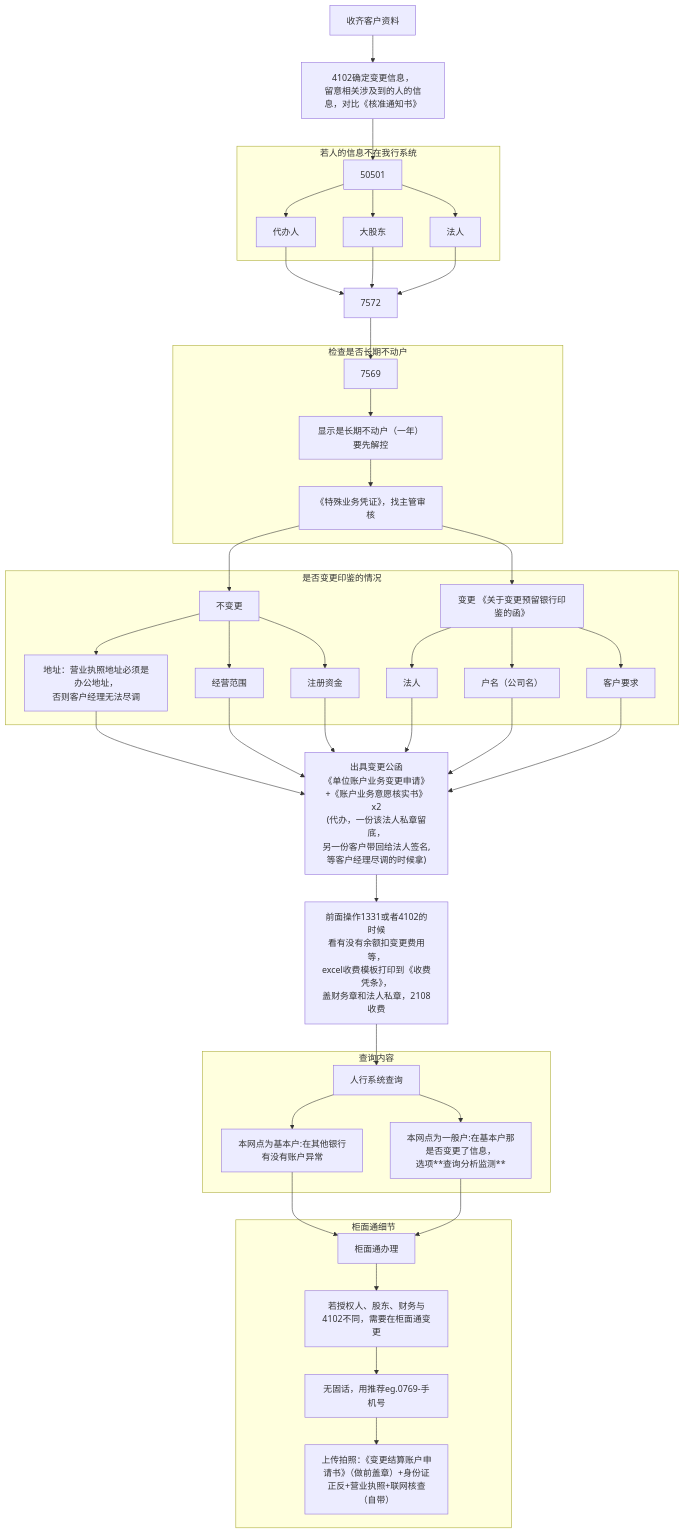
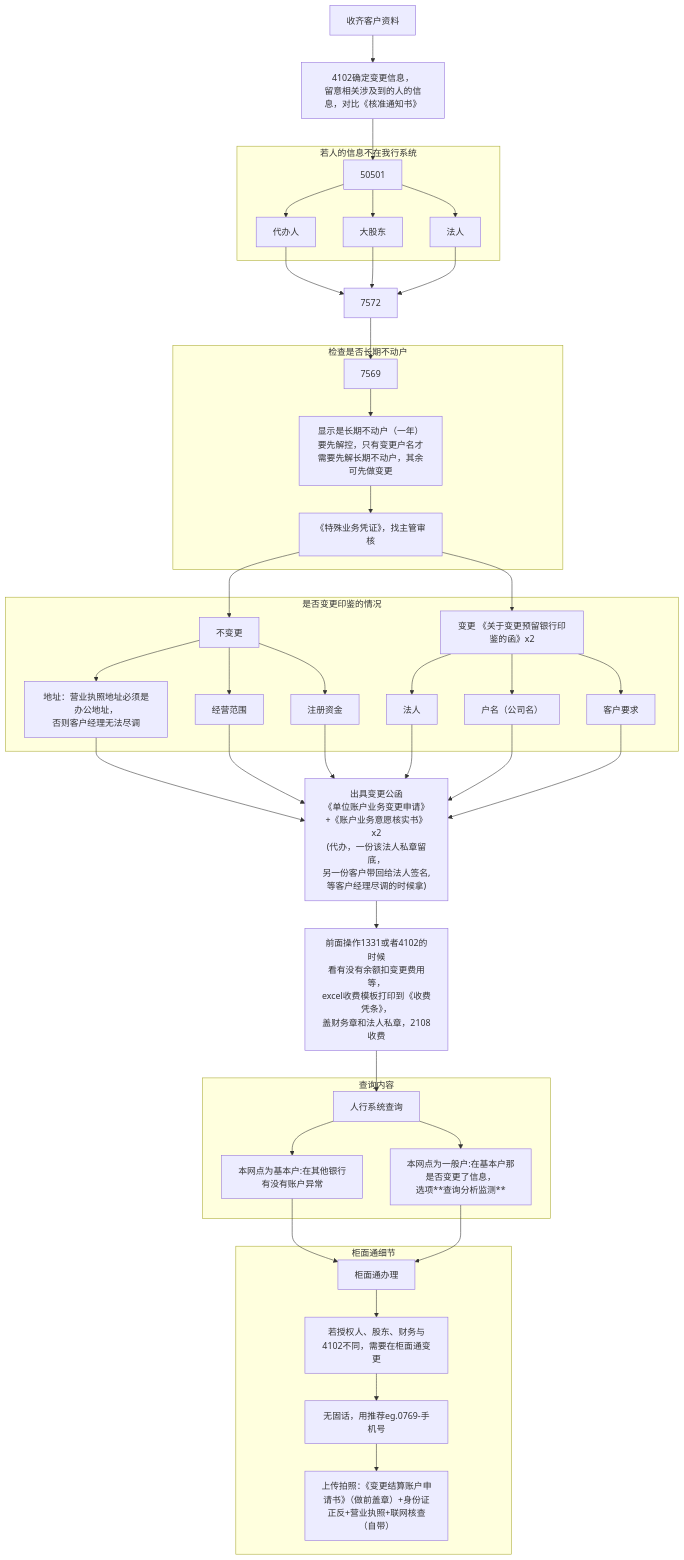
The third of 15 diagrams in docs/src/Notes/Finance/1100/对公.md (4triumph/blog), drawn with Mermaid before and after one commit. The commit also changed other lines of this file, not shown here.

````diff
--- a/docs/src/Notes/Finance/1100/对公.md
+++ b/docs/src/Notes/Finance/1100/对公.md
@@ -170,81 +176,81 @@
 ```mermaid
 graph TD
     A["收齐客户资料"]
     B["4102确定变更信息，<br>留意相关涉及到的人的信息，对比《核准通知书》"]
     C["7572"]
     D["7569"]
     E["50501"]
     F["代办人"]
     G["大股东"]
     H["法人"]
 	I["《特殊业务凭证》，找主管审核"]
     J["不变更"]
     K["地址：营业执照地址必须是办公地址，<br>否则客户经理无法尽调"]
     L["经营范围"]
     M["注册资金"]
-    N["变更 《关于变更预留银行印鉴的函》"]
+    N["变更 《关于变更预留银行印鉴的函》x2"]
     O["法人"]
     P["户名（公司名）"]
     Q["客户要求"]
     R["出具变更公函<br>《单位账户业务变更申请》<br>+《账户业务意愿核实书》x2<br>(代办，一份该法人私章留底，<br>另一份客户带回给法人签名,<br>等客户经理尽调的时候拿)"]
     S["人行系统查询"]
     T["本网点为基本户:在其他银行<br>有没有账户异常"]
     U["本网点为一般户:在基本户那<br>是否变更了信息，<br>选项**查询分析监测**"]
     V["柜面通办理"]
-    W["显示是长期不动户（一年）要先解控"]
+    W["显示是长期不动户（一年）要先解控，只有变更户名才需要先解长期不动户，其余可先做变更"]
     X["前面操作1331或者4102的时候<br>看有没有余额扣变更费用等，<br>excel收费模板打印到《收费凭条》，<br>盖财务章和法人私章，2108收费"]
     Y["若授权人、股东、财务与4102不同，需要在柜面通变更"]
     Z["无固话，用推荐eg.0769-手机号"]
     a["上传拍照：《变更结算账户申请书》（做前盖章）+身份证正反+营业执照+联网核查（自带）"]
 
     A --> B
     C --> D
     K --> R
     L --> R
     M --> R
     O --> R
     P --> R
     Q --> R
     
     subgraph 检查是否长期不动户
     	D --> W --> I
     end
     
 	B --> E
 	F --> C
 	G --> C
 	H --> C
     subgraph 若人的信息不在我行系统
         E --> F
         E --> G
         E --> H
     end
 
     I --> J
     I --> N
 	
 
     subgraph 是否变更印鉴的情况
         J --> K
         J --> L
         J --> M
 
         N --> O
         N --> P
         N --> Q
     end
 
     R --> X --> S
 
     subgraph 查询内容
         S --> T
         S --> U
     end
     T --> V
     U --> V
     subgraph 柜面通细节
     	V --> Y --> Z --> a
     end
 
     
 ```
````
